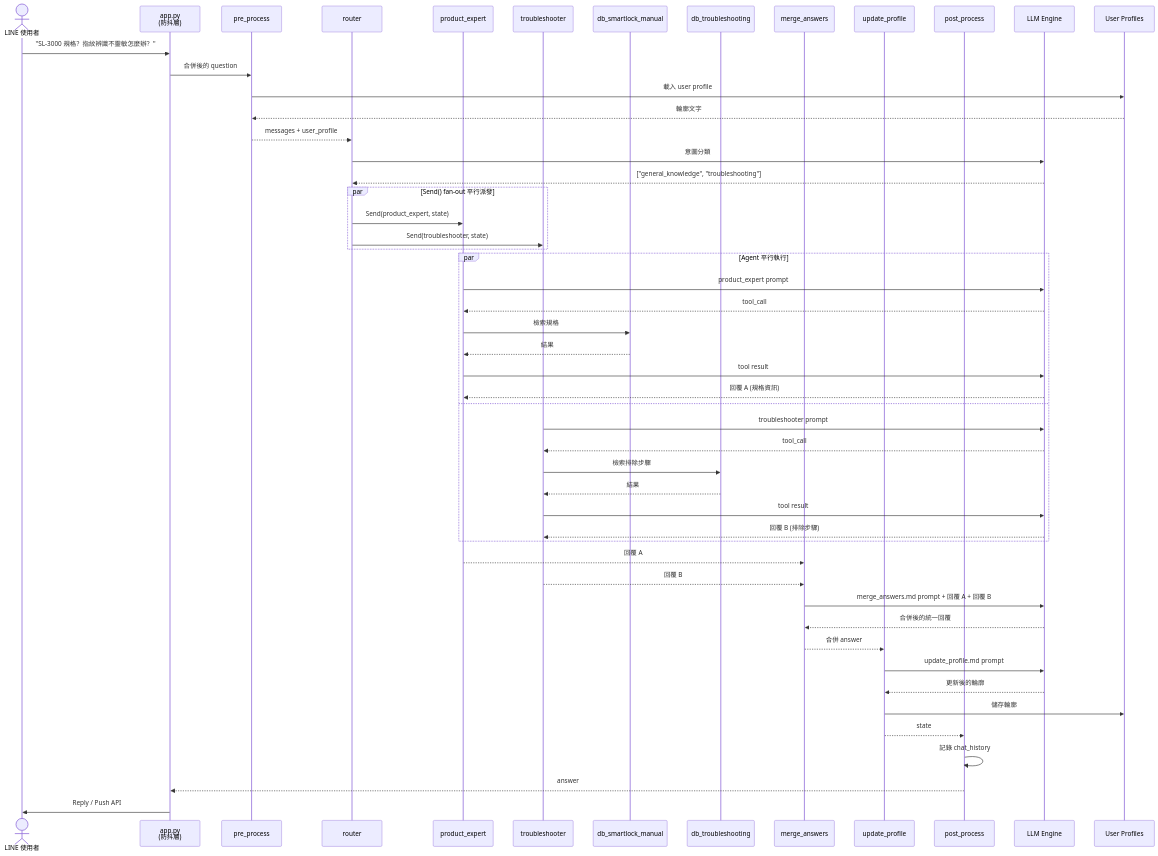
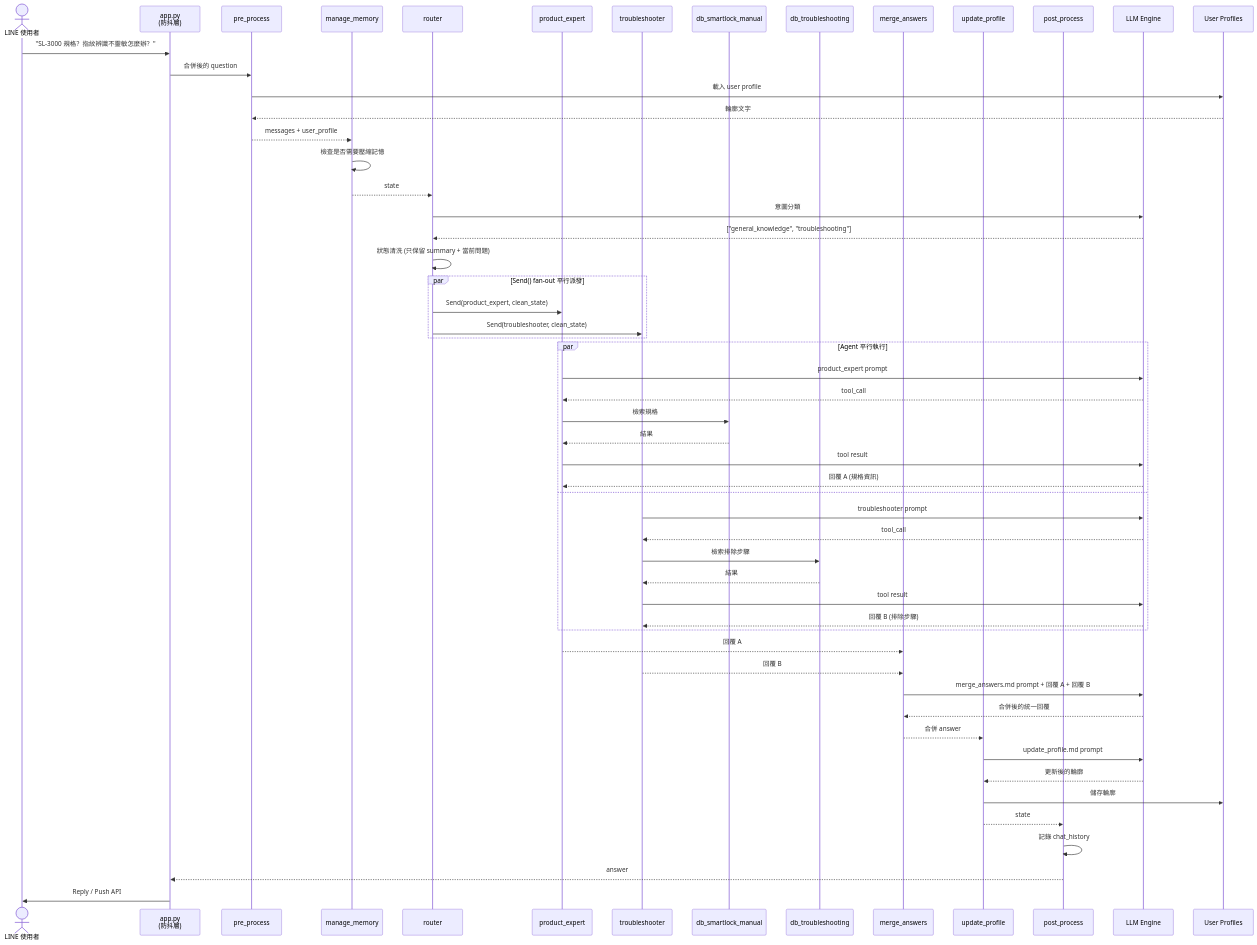
One commit to Imding1211/lock_AI_Agent changed the third of 4 diagrams in docs/系統架構與流程圖.md. Above: the diagram before and after it, drawn with Mermaid. The commit also changed other lines of this file and 19 other files, not shown here.

First line of the commit message:
feat: 語意記憶壓縮 + SQLite 持久化 + Send() 狀態清洗 + 架構圖/文件全面更新

````diff
--- a/docs/系統架構與流程圖.md
+++ b/docs/系統架構與流程圖.md
@@ -196,63 +210,68 @@
 ```mermaid
 sequenceDiagram
     actor User as LINE 使用者
     participant App as app.py<br/>(防抖層)
     participant PP as pre_process
+    participant MM as manage_memory
     participant RT as router
     participant PE as product_expert
     participant TS as troubleshooter
     participant Tool_PE as db_smartlock_manual
     participant Tool_TS as db_troubleshooting
     participant MA as merge_answers
     participant UP as update_profile
     participant Post as post_process
     participant LLM as LLM Engine
     participant Profile as User Profiles
 
     User->>App: "SL-3000 規格？指紋辨識不靈敏怎麼辦？"
     App->>PP: 合併後的 question
 
     PP->>Profile: 載入 user profile
     Profile-->>PP: 輪廓文字
-    PP-->>RT: messages + user_profile
+    PP-->>MM: messages + user_profile
+
+    MM->>MM: 檢查是否需要壓縮記憶
+    MM-->>RT: state
 
     RT->>LLM: 意圖分類
     LLM-->>RT: ["general_knowledge", "troubleshooting"]
+    RT->>RT: 狀態清洗 (只保留 summary + 當前問題)
 
     par Send() fan-out 平行派發
-        RT->>PE: Send(product_expert, state)
-        RT->>TS: Send(troubleshooter, state)
+        RT->>PE: Send(product_expert, clean_state)
+        RT->>TS: Send(troubleshooter, clean_state)
     end
 
     par Agent 平行執行
         PE->>LLM: product_expert prompt
         LLM-->>PE: tool_call
         PE->>Tool_PE: 檢索規格
         Tool_PE-->>PE: 結果
         PE->>LLM: tool result
         LLM-->>PE: 回覆 A (規格資訊)
     and
         TS->>LLM: troubleshooter prompt
         LLM-->>TS: tool_call
         TS->>Tool_TS: 檢索排除步驟
         Tool_TS-->>TS: 結果
         TS->>LLM: tool result
         LLM-->>TS: 回覆 B (排除步驟)
     end
 
     PE-->>MA: 回覆 A
     TS-->>MA: 回覆 B
 
     MA->>LLM: merge_answers.md prompt + 回覆 A + 回覆 B
     LLM-->>MA: 合併後的統一回覆
 
     MA-->>UP: 合併 answer
     UP->>LLM: update_profile.md prompt
     LLM-->>UP: 更新後的輪廓
     UP->>Profile: 儲存輪廓
 
     UP-->>Post: state
     Post->>Post: 記錄 chat_history
     Post-->>App: answer
     App->>User: Reply / Push API
 ```
````
